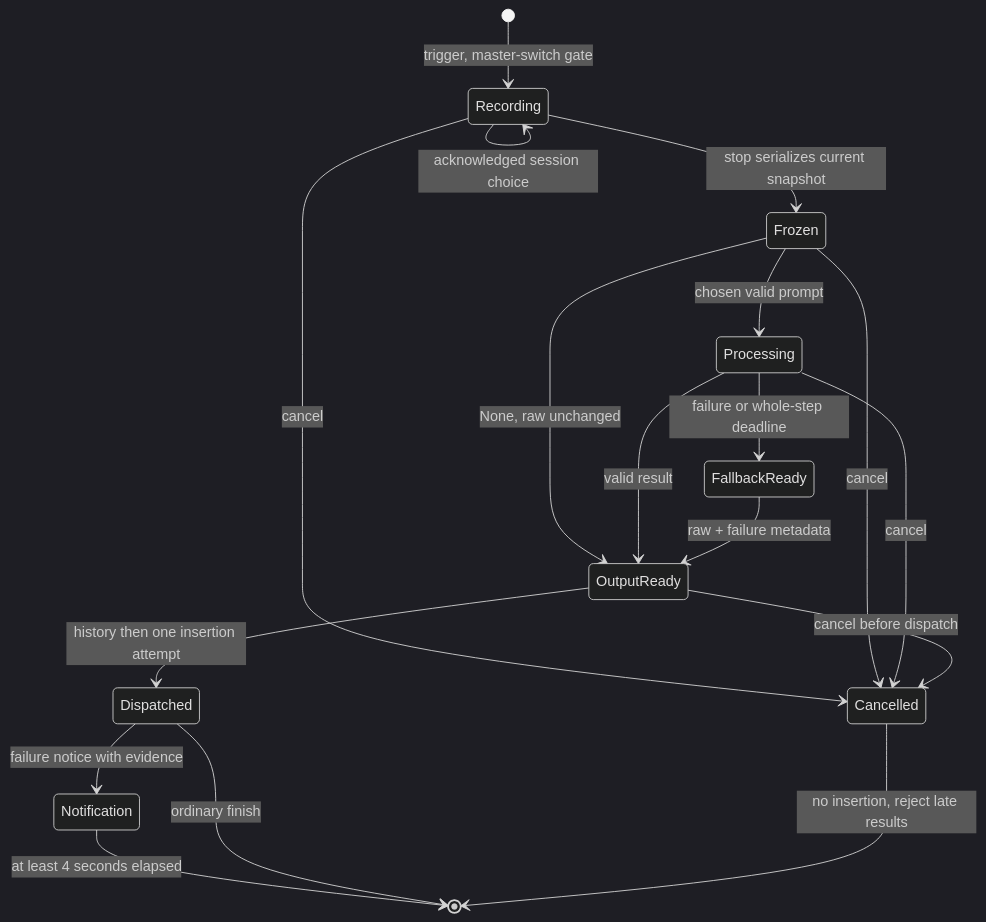
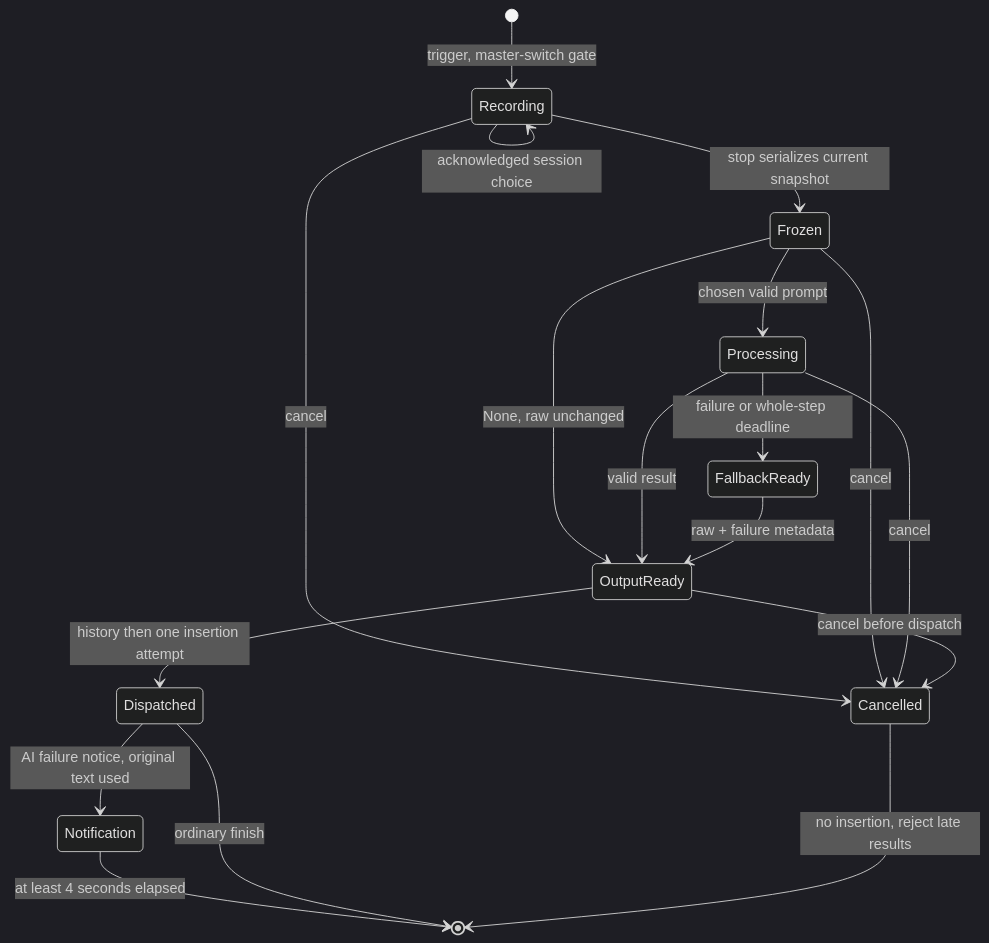
The third of 4 diagrams in .specs/features/005-custom-ai-prompts/plan.md (julien-m/handy), drawn with Mermaid (dark theme) before and after one commit. The commit also changed other lines of this file and 3 other files, not shown here.

First line of the commit message:
docs: make the AI failure notice truthful and align the custom prompts plan on 008 and D1-D4 (005)

````diff
--- a/.specs/features/005-custom-ai-prompts/plan.md
+++ b/.specs/features/005-custom-ai-prompts/plan.md
@@ -233,20 +261,20 @@
 ```mermaid
 stateDiagram-v2
   [*] --> Recording: trigger, master-switch gate
   Recording --> Recording: acknowledged session choice
   Recording --> Frozen: stop serializes current snapshot
   Frozen --> Processing: chosen valid prompt
   Frozen --> OutputReady: None, raw unchanged
   Processing --> OutputReady: valid result
   Processing --> FallbackReady: failure or whole-step deadline
   FallbackReady --> OutputReady: raw + failure metadata
   Recording --> Cancelled: cancel
   Frozen --> Cancelled: cancel
   Processing --> Cancelled: cancel
   OutputReady --> Cancelled: cancel before dispatch
   OutputReady --> Dispatched: history then one insertion attempt
-  Dispatched --> Notification: failure notice with evidence
+  Dispatched --> Notification: AI failure notice, original text used
   Notification --> [*]: at least 4 seconds elapsed
   Dispatched --> [*]: ordinary finish
   Cancelled --> [*]: no insertion, reject late results
 ```
````
